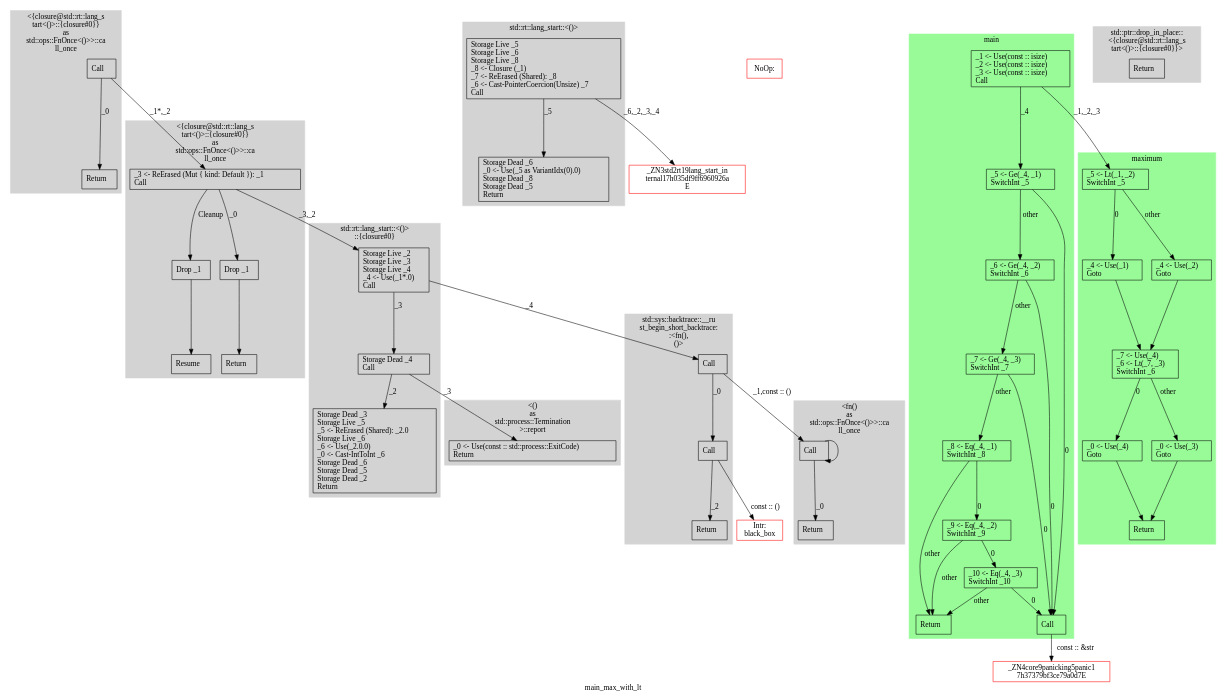
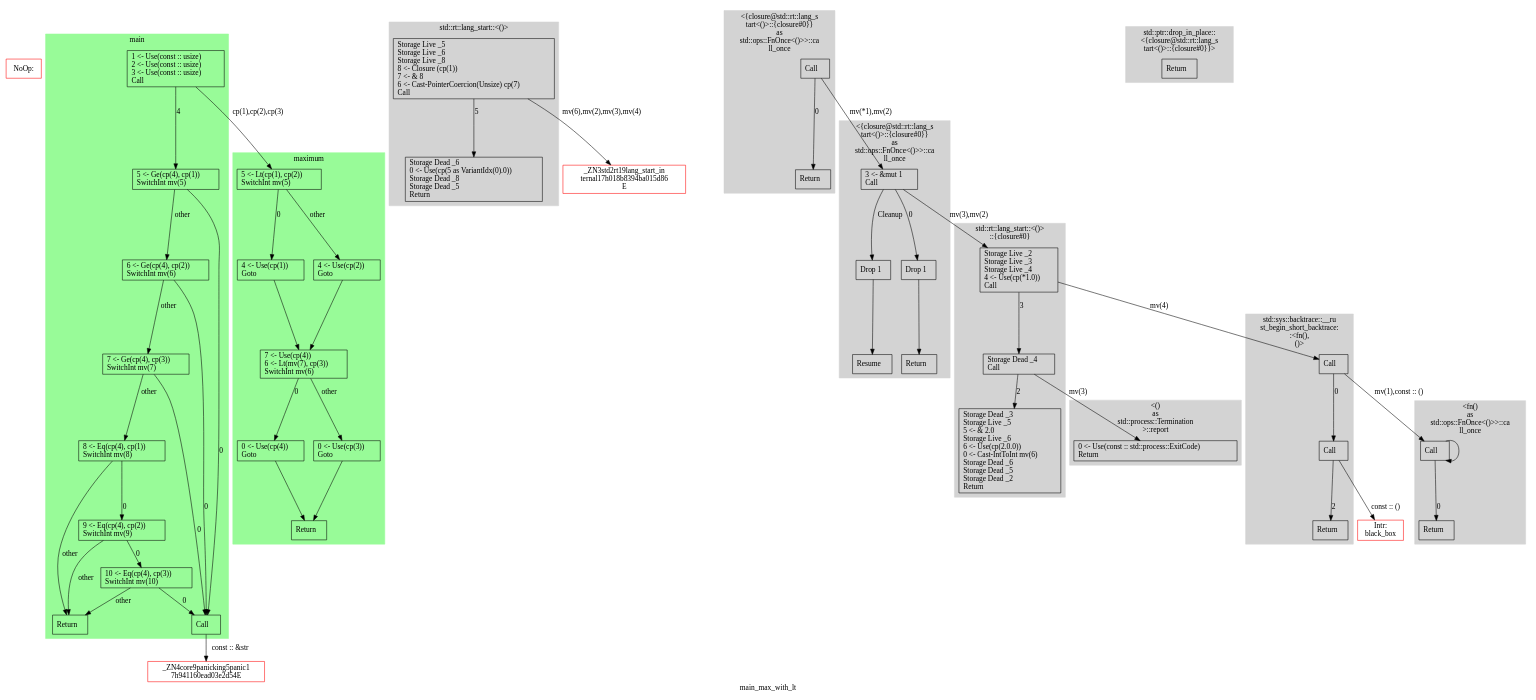
Before and after one commit to runtimeverification/mir-semantics: the diagram in rust-verification-proofs/maximum-proof/main-max-with-lt.smir.dot, drawn with Graphviz. The commit also changed 4 other files, not shown here.

```diff
--- a/rust-verification-proofs/maximum-proof/main-max-with-lt.smir.dot
+++ b/rust-verification-proofs/maximum-proof/main-max-with-lt.smir.dot
@@ -1,135 +1,135 @@
 digraph {
   label="main_max_with_lt";
   node [shape=rectangle];
+  X8b0ac2e54b9a91_0 [label="NoOp: ", color=red];
+  Xac08878333d72e42_0 [label="_ZN4core9panicking5panic1\n7h941160ead03e2d54E", color=red];
+  Xc987e5ecea6cc82b_0 [label="_ZN3std2rt19lang_start_in\nternal17h018b8394ba015d86\nE", color=red];
   X3c6542d96320ad67_0 [label="Intr: \nblack_box", color=red];
-  X5eb86185c1cf8f06_0 [label="_ZN3std2rt19lang_start_in\nternal17h035df9ff6960926a\nE", color=red];
-  X8b0ac2e54b9a91_0 [label="NoOp: ", color=red];
-  X210a8e5fe9313c81_0 [label="_ZN4core9panicking5panic1\n7h37379bf3ce79a0d7E", color=red];
   subgraph cluster_0 {
-    label="std::rt::lang_start::<()>\n::{closure#0}";
+    label="main";
     style="filled";
-    color=lightgray;
-    Xb022926f55be7915_0 -> Xb022926f55be7915_1 [label="_3"];
-    Xb022926f55be7915_0 [label="Storage Live _2\lStorage Live _3\lStorage Live _4\l_4 <- Use(_1*.0)\lCall\l"];
-    Xb022926f55be7915_1 -> Xb022926f55be7915_2 [label="_2"];
-    Xb022926f55be7915_1 [label="Storage Dead _4\lCall\l"];
-    Xb022926f55be7915_2 [label="Storage Dead _3\lStorage Live _5\l_5 <- ReErased (Shared): _2.0\lStorage Live _6\l_6 <- Use(_2.0.0)\l_0 <- Cast-IntToInt _6\lStorage Dead _6\lStorage Dead _5\lStorage Dead _2\lReturn\l"];
+    color=palegreen;
+    X37252ea5c5b3ce2a_0 -> X37252ea5c5b3ce2a_1 [label="4"];
+    X37252ea5c5b3ce2a_0 [label="1 <- Use(const :: usize)\l2 <- Use(const :: usize)\l3 <- Use(const :: usize)\lCall\l"];
+    X37252ea5c5b3ce2a_1 -> X37252ea5c5b3ce2a_7 [label="0"];
+    X37252ea5c5b3ce2a_1 -> X37252ea5c5b3ce2a_2 [label="other"];
+    X37252ea5c5b3ce2a_1 [label="5 <- Ge(cp(4), cp(1))\lSwitchInt mv(5)\l"];
+    X37252ea5c5b3ce2a_2 -> X37252ea5c5b3ce2a_7 [label="0"];
+    X37252ea5c5b3ce2a_2 -> X37252ea5c5b3ce2a_3 [label="other"];
+    X37252ea5c5b3ce2a_2 [label="6 <- Ge(cp(4), cp(2))\lSwitchInt mv(6)\l"];
+    X37252ea5c5b3ce2a_3 -> X37252ea5c5b3ce2a_7 [label="0"];
+    X37252ea5c5b3ce2a_3 -> X37252ea5c5b3ce2a_4 [label="other"];
+    X37252ea5c5b3ce2a_3 [label="7 <- Ge(cp(4), cp(3))\lSwitchInt mv(7)\l"];
+    X37252ea5c5b3ce2a_4 -> X37252ea5c5b3ce2a_5 [label="0"];
+    X37252ea5c5b3ce2a_4 -> X37252ea5c5b3ce2a_8 [label="other"];
+    X37252ea5c5b3ce2a_4 [label="8 <- Eq(cp(4), cp(1))\lSwitchInt mv(8)\l"];
+    X37252ea5c5b3ce2a_5 -> X37252ea5c5b3ce2a_6 [label="0"];
+    X37252ea5c5b3ce2a_5 -> X37252ea5c5b3ce2a_8 [label="other"];
+    X37252ea5c5b3ce2a_5 [label="9 <- Eq(cp(4), cp(2))\lSwitchInt mv(9)\l"];
+    X37252ea5c5b3ce2a_6 -> X37252ea5c5b3ce2a_7 [label="0"];
+    X37252ea5c5b3ce2a_6 -> X37252ea5c5b3ce2a_8 [label="other"];
+    X37252ea5c5b3ce2a_6 [label="10 <- Eq(cp(4), cp(3))\lSwitchInt mv(10)\l"];
+    X37252ea5c5b3ce2a_7 [label="Call\l"];
+    X37252ea5c5b3ce2a_8 [label="Return\l"];
   }
-  Xb022926f55be7915_0 -> X86cc23a99438eb2_0 [label="_4"];
-  Xb022926f55be7915_1 -> X20f17eb946604891_0 [label="_3"];
+  X37252ea5c5b3ce2a_0 -> X9585eeb1b7d3a83d_0 [label="cp(1),cp(2),cp(3)"];
+  X37252ea5c5b3ce2a_7 -> Xac08878333d72e42_0 [label="const :: &str"];
   subgraph cluster_1 {
     label="<() \nas \nstd::process::Termination\n>::report";
     style="filled";
     color=lightgray;
-    X20f17eb946604891_0 [label="_0 <- Use(const :: std::process::ExitCode)\lReturn\l"];
+    X5c233e009f84aa6c_0 [label="0 <- Use(const :: std::process::ExitCode)\lReturn\l"];
   }
   subgraph cluster_2 {
+    label="std::sys::backtrace::__ru\nst_begin_short_backtrace:\n:<fn(), \n()>";
+    style="filled";
+    color=lightgray;
+    X83f8b52e3f0ef4c5_0 -> X83f8b52e3f0ef4c5_1 [label="0"];
+    X83f8b52e3f0ef4c5_0 [label="Call\l"];
+    X83f8b52e3f0ef4c5_1 -> X83f8b52e3f0ef4c5_2 [label="2"];
+    X83f8b52e3f0ef4c5_1 [label="Call\l"];
+    X83f8b52e3f0ef4c5_2 [label="Return\l"];
+  }
+  X83f8b52e3f0ef4c5_0 -> X5153bc83e282e268_0 [label="mv(1),const :: ()"];
+  X83f8b52e3f0ef4c5_1 -> X3c6542d96320ad67_0 [label="const :: ()"];
+  subgraph cluster_3 {
+    label="std::rt::lang_start::<()>";
+    style="filled";
+    color=lightgray;
+    X88af70ac7219a434_0 -> X88af70ac7219a434_1 [label="5"];
+    X88af70ac7219a434_0 [label="Storage Live _5\lStorage Live _6\lStorage Live _8\l8 <- Closure (cp(1))\l7 <- & 8\l6 <- Cast-PointerCoercion(Unsize) cp(7)\lCall\l"];
+    X88af70ac7219a434_1 [label="Storage Dead _6\l0 <- Use(cp(5 as VariantIdx(0).0))\lStorage Dead _8\lStorage Dead _5\lReturn\l"];
+  }
+  X88af70ac7219a434_0 -> Xc987e5ecea6cc82b_0 [label="mv(6),mv(2),mv(3),mv(4)"];
+  subgraph cluster_4 {
     label="<{closure@std::rt::lang_s\ntart<()>::{closure#0}} \nas \nstd::ops::FnOnce<()>>::ca\nll_once";
     style="filled";
     color=lightgray;
-    Xda86ab50b6674bf3_0 -> Xda86ab50b6674bf3_3 [label="Cleanup"];
-    Xda86ab50b6674bf3_0 -> Xda86ab50b6674bf3_1 [label="_0"];
-    Xda86ab50b6674bf3_0 [label="_3 <- ReErased (Mut { kind: Default }): _1\lCall\l"];
-    Xda86ab50b6674bf3_1 -> Xda86ab50b6674bf3_2;
-    Xda86ab50b6674bf3_1 [label="Drop _1\l"];
-    Xda86ab50b6674bf3_2 [label="Return\l"];
-    Xda86ab50b6674bf3_3 -> Xda86ab50b6674bf3_4;
-    Xda86ab50b6674bf3_3 [label="Drop _1\l"];
-    Xda86ab50b6674bf3_4 [label="Resume\l"];
+    X2aeea2bef42114da_0 -> X2aeea2bef42114da_1 [label="0"];
+    X2aeea2bef42114da_0 [label="Call\l"];
+    X2aeea2bef42114da_1 [label="Return\l"];
   }
-  Xda86ab50b6674bf3_0 -> Xb022926f55be7915_0 [label="_3,_2"];
-  subgraph cluster_3 {
-    label="main";
-    style="filled";
-    color=palegreen;
-    X37252ea5c5b3ce2a_0 -> X37252ea5c5b3ce2a_1 [label="_4"];
-    X37252ea5c5b3ce2a_0 [label="_1 <- Use(const :: isize)\l_2 <- Use(const :: isize)\l_3 <- Use(const :: isize)\lCall\l"];
-    X37252ea5c5b3ce2a_1 -> X37252ea5c5b3ce2a_7 [label="0"];
-    X37252ea5c5b3ce2a_1 -> X37252ea5c5b3ce2a_2 [label="other"];
-    X37252ea5c5b3ce2a_1 [label="_5 <- Ge(_4, _1)\lSwitchInt _5\l"];
-    X37252ea5c5b3ce2a_2 -> X37252ea5c5b3ce2a_7 [label="0"];
-    X37252ea5c5b3ce2a_2 -> X37252ea5c5b3ce2a_3 [label="other"];
-    X37252ea5c5b3ce2a_2 [label="_6 <- Ge(_4, _2)\lSwitchInt _6\l"];
-    X37252ea5c5b3ce2a_3 -> X37252ea5c5b3ce2a_7 [label="0"];
-    X37252ea5c5b3ce2a_3 -> X37252ea5c5b3ce2a_4 [label="other"];
-    X37252ea5c5b3ce2a_3 [label="_7 <- Ge(_4, _3)\lSwitchInt _7\l"];
-    X37252ea5c5b3ce2a_4 -> X37252ea5c5b3ce2a_5 [label="0"];
-    X37252ea5c5b3ce2a_4 -> X37252ea5c5b3ce2a_8 [label="other"];
-    X37252ea5c5b3ce2a_4 [label="_8 <- Eq(_4, _1)\lSwitchInt _8\l"];
-    X37252ea5c5b3ce2a_5 -> X37252ea5c5b3ce2a_6 [label="0"];
-    X37252ea5c5b3ce2a_5 -> X37252ea5c5b3ce2a_8 [label="other"];
-    X37252ea5c5b3ce2a_5 [label="_9 <- Eq(_4, _2)\lSwitchInt _9\l"];
-    X37252ea5c5b3ce2a_6 -> X37252ea5c5b3ce2a_7 [label="0"];
-    X37252ea5c5b3ce2a_6 -> X37252ea5c5b3ce2a_8 [label="other"];
-    X37252ea5c5b3ce2a_6 [label="_10 <- Eq(_4, _3)\lSwitchInt _10\l"];
-    X37252ea5c5b3ce2a_7 [label="Call\l"];
-    X37252ea5c5b3ce2a_8 [label="Return\l"];
-  }
-  X37252ea5c5b3ce2a_0 -> X527779074a5fd21e_0 [label="_1,_2,_3"];
-  X37252ea5c5b3ce2a_7 -> X210a8e5fe9313c81_0 [label="const :: &str"];
-  subgraph cluster_4 {
-    label="std::sys::backtrace::__ru\nst_begin_short_backtrace:\n:<fn(), \n()>";
+  X2aeea2bef42114da_0 -> X58ae416f9afa06ac_0 [label="mv(*1),mv(2)"];
+  subgraph cluster_5 {
+    label="<fn() \nas \nstd::ops::FnOnce<()>>::ca\nll_once";
     style="filled";
     color=lightgray;
-    X86cc23a99438eb2_0 -> X86cc23a99438eb2_1 [label="_0"];
-    X86cc23a99438eb2_0 [label="Call\l"];
-    X86cc23a99438eb2_1 -> X86cc23a99438eb2_2 [label="_2"];
-    X86cc23a99438eb2_1 [label="Call\l"];
-    X86cc23a99438eb2_2 [label="Return\l"];
+    X5153bc83e282e268_0 -> X5153bc83e282e268_1 [label="0"];
+    X5153bc83e282e268_0 [label="Call\l"];
+    X5153bc83e282e268_1 [label="Return\l"];
   }
-  X86cc23a99438eb2_0 -> X2a67ec2487cf8e32_0 [label="_1,const :: ()"];
-  X86cc23a99438eb2_1 -> X3c6542d96320ad67_0 [label="const :: ()"];
-  subgraph cluster_5 {
+  X5153bc83e282e268_0 -> X5153bc83e282e268_0: 1 [label=""];
+  subgraph cluster_6 {
+    label="std::rt::lang_start::<()>\n::{closure#0}";
+    style="filled";
+    color=lightgray;
+    Xf1c2e3e2362b71b1_0 -> Xf1c2e3e2362b71b1_1 [label="3"];
+    Xf1c2e3e2362b71b1_0 [label="Storage Live _2\lStorage Live _3\lStorage Live _4\l4 <- Use(cp(*1.0))\lCall\l"];
+    Xf1c2e3e2362b71b1_1 -> Xf1c2e3e2362b71b1_2 [label="2"];
+    Xf1c2e3e2362b71b1_1 [label="Storage Dead _4\lCall\l"];
+    Xf1c2e3e2362b71b1_2 [label="Storage Dead _3\lStorage Live _5\l5 <- & 2.0\lStorage Live _6\l6 <- Use(cp(2.0.0))\l0 <- Cast-IntToInt mv(6)\lStorage Dead _6\lStorage Dead _5\lStorage Dead _2\lReturn\l"];
+  }
+  Xf1c2e3e2362b71b1_0 -> X83f8b52e3f0ef4c5_0 [label="mv(4)"];
+  Xf1c2e3e2362b71b1_1 -> X5c233e009f84aa6c_0 [label="mv(3)"];
+  subgraph cluster_7 {
     label="maximum";
     style="filled";
     color=palegreen;
-    X527779074a5fd21e_0 -> X527779074a5fd21e_2 [label="0"];
-    X527779074a5fd21e_0 -> X527779074a5fd21e_1 [label="other"];
-    X527779074a5fd21e_0 [label="_5 <- Lt(_1, _2)\lSwitchInt _5\l"];
-    X527779074a5fd21e_1 -> X527779074a5fd21e_3;
-    X527779074a5fd21e_1 [label="_4 <- Use(_2)\lGoto\l"];
-    X527779074a5fd21e_2 -> X527779074a5fd21e_3;
-    X527779074a5fd21e_2 [label="_4 <- Use(_1)\lGoto\l"];
-    X527779074a5fd21e_3 -> X527779074a5fd21e_5 [label="0"];
-    X527779074a5fd21e_3 -> X527779074a5fd21e_4 [label="other"];
-    X527779074a5fd21e_3 [label="_7 <- Use(_4)\l_6 <- Lt(_7, _3)\lSwitchInt _6\l"];
-    X527779074a5fd21e_4 -> X527779074a5fd21e_6;
-    X527779074a5fd21e_4 [label="_0 <- Use(_3)\lGoto\l"];
-    X527779074a5fd21e_5 -> X527779074a5fd21e_6;
-    X527779074a5fd21e_5 [label="_0 <- Use(_4)\lGoto\l"];
-    X527779074a5fd21e_6 [label="Return\l"];
+    X9585eeb1b7d3a83d_0 -> X9585eeb1b7d3a83d_2 [label="0"];
+    X9585eeb1b7d3a83d_0 -> X9585eeb1b7d3a83d_1 [label="other"];
+    X9585eeb1b7d3a83d_0 [label="5 <- Lt(cp(1), cp(2))\lSwitchInt mv(5)\l"];
+    X9585eeb1b7d3a83d_1 -> X9585eeb1b7d3a83d_3;
+    X9585eeb1b7d3a83d_1 [label="4 <- Use(cp(2))\lGoto\l"];
+    X9585eeb1b7d3a83d_2 -> X9585eeb1b7d3a83d_3;
+    X9585eeb1b7d3a83d_2 [label="4 <- Use(cp(1))\lGoto\l"];
+    X9585eeb1b7d3a83d_3 -> X9585eeb1b7d3a83d_5 [label="0"];
+    X9585eeb1b7d3a83d_3 -> X9585eeb1b7d3a83d_4 [label="other"];
+    X9585eeb1b7d3a83d_3 [label="7 <- Use(cp(4))\l6 <- Lt(mv(7), cp(3))\lSwitchInt mv(6)\l"];
+    X9585eeb1b7d3a83d_4 -> X9585eeb1b7d3a83d_6;
+    X9585eeb1b7d3a83d_4 [label="0 <- Use(cp(3))\lGoto\l"];
+    X9585eeb1b7d3a83d_5 -> X9585eeb1b7d3a83d_6;
+    X9585eeb1b7d3a83d_5 [label="0 <- Use(cp(4))\lGoto\l"];
+    X9585eeb1b7d3a83d_6 [label="Return\l"];
   }
-  subgraph cluster_6 {
+  subgraph cluster_8 {
     label="<{closure@std::rt::lang_s\ntart<()>::{closure#0}} \nas \nstd::ops::FnOnce<()>>::ca\nll_once";
     style="filled";
     color=lightgray;
-    X34679ac96970715e_0 -> X34679ac96970715e_1 [label="_0"];
-    X34679ac96970715e_0 [label="Call\l"];
-    X34679ac96970715e_1 [label="Return\l"];
+    X58ae416f9afa06ac_0 -> X58ae416f9afa06ac_3 [label="Cleanup"];
+    X58ae416f9afa06ac_0 -> X58ae416f9afa06ac_1 [label="0"];
+    X58ae416f9afa06ac_0 [label="3 <- &mut 1\lCall\l"];
+    X58ae416f9afa06ac_1 -> X58ae416f9afa06ac_2;
+    X58ae416f9afa06ac_1 [label="Drop 1\l"];
+    X58ae416f9afa06ac_2 [label="Return\l"];
+    X58ae416f9afa06ac_3 -> X58ae416f9afa06ac_4;
+    X58ae416f9afa06ac_3 [label="Drop 1\l"];
+    X58ae416f9afa06ac_4 [label="Resume\l"];
   }
-  X34679ac96970715e_0 -> Xda86ab50b6674bf3_0 [label="_1*,_2"];
-  subgraph cluster_7 {
+  X58ae416f9afa06ac_0 -> Xf1c2e3e2362b71b1_0 [label="mv(3),mv(2)"];
+  subgraph cluster_9 {
     label="std::ptr::drop_in_place::\n<{closure@std::rt::lang_s\ntart<()>::{closure#0}}>";
     style="filled";
     color=lightgray;
-    Xb149796b83f1b2e4_0 [label="Return\l"];
+    Xefb68cd7a0d5be14_0 [label="Return\l"];
   }
-  subgraph cluster_8 {
-    label="std::rt::lang_start::<()>";
-    style="filled";
-    color=lightgray;
-    Xc8323e8e5ef1862e_0 -> Xc8323e8e5ef1862e_1 [label="_5"];
-    Xc8323e8e5ef1862e_0 [label="Storage Live _5\lStorage Live _6\lStorage Live _8\l_8 <- Closure (_1)\l_7 <- ReErased (Shared): _8\l_6 <- Cast-PointerCoercion(Unsize) _7\lCall\l"];
-    Xc8323e8e5ef1862e_1 [label="Storage Dead _6\l_0 <- Use(_5 as VariantIdx(0).0)\lStorage Dead _8\lStorage Dead _5\lReturn\l"];
-  }
-  Xc8323e8e5ef1862e_0 -> X5eb86185c1cf8f06_0 [label="_6,_2,_3,_4"];
-  subgraph cluster_9 {
-    label="<fn() \nas \nstd::ops::FnOnce<()>>::ca\nll_once";
-    style="filled";
-    color=lightgray;
-    X2a67ec2487cf8e32_0 -> X2a67ec2487cf8e32_1 [label="_0"];
-    X2a67ec2487cf8e32_0 [label="Call\l"];
-    X2a67ec2487cf8e32_1 [label="Return\l"];
-  }
-  X2a67ec2487cf8e32_0 -> X2a67ec2487cf8e32_0: _1 [label=""];
 }
```
